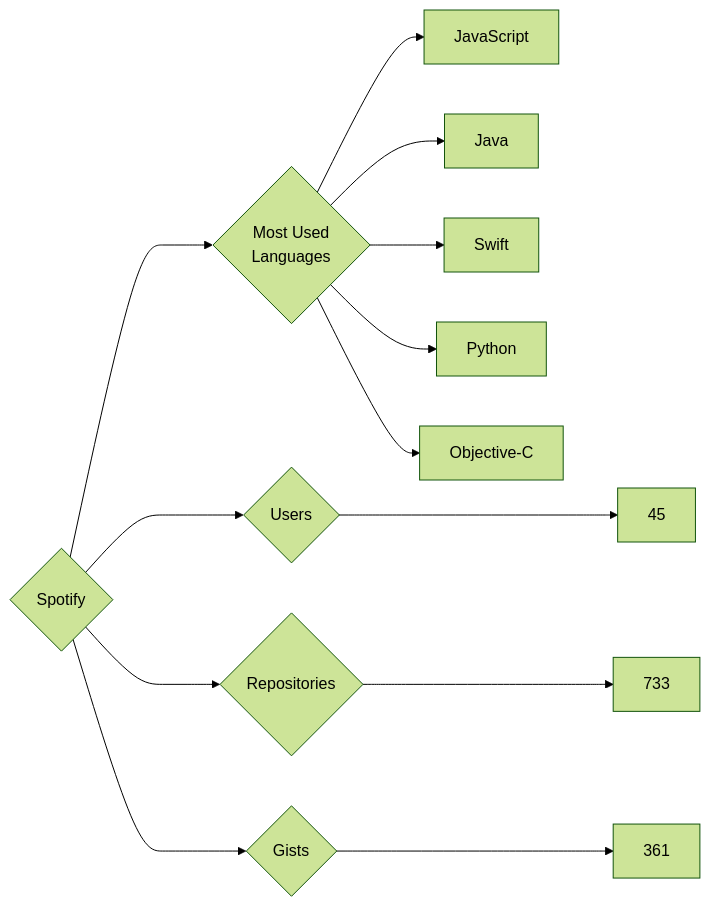
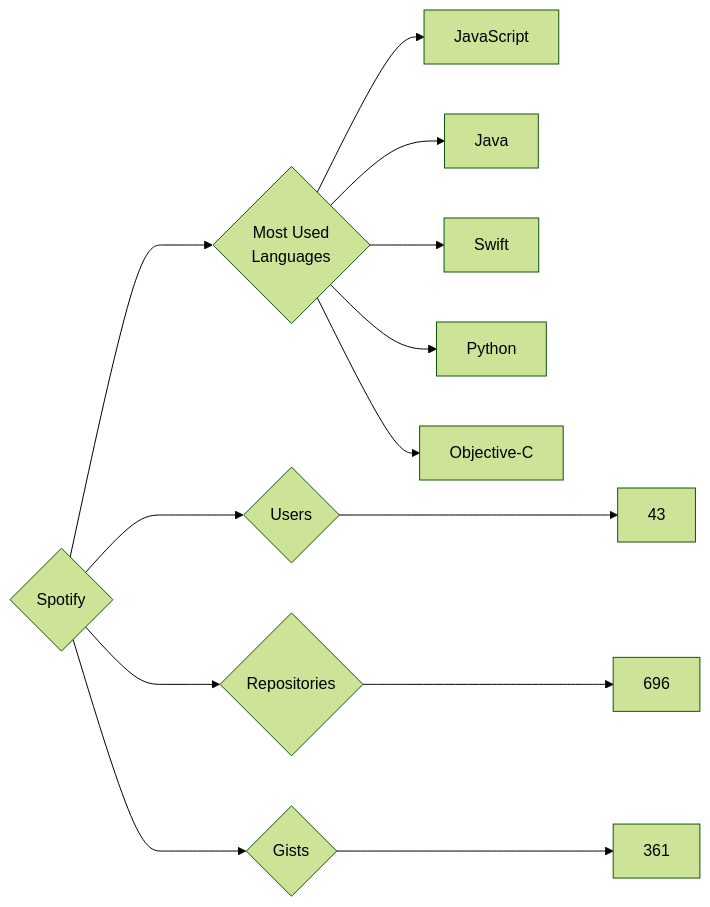
One commit to trickest/insiders changed the diagram in targets/Spotify/README.md. Above: the diagram before and after it, drawn with Mermaid (forest theme). The commit also changed 953 other files, not shown here.

````diff
--- a/targets/Spotify/README.md
+++ b/targets/Spotify/README.md
@@ -3,13 +3,13 @@
 ```mermaid
 graph LR
 COMPANY_NAME{Spotify}
-COMPANY_NAME ---> U{Users} ---> UN[45]
-COMPANY_NAME ---> R{Repositories} ---> RN[733]
+COMPANY_NAME ---> U{Users} ---> UN[43]
+COMPANY_NAME ---> R{Repositories} ---> RN[696]
 COMPANY_NAME ---> G{Gists} ---> GN[361]
 COMPANY_NAME ---> ML{Most Used<br>Languages}
 ML --> JavaScript[JavaScript]
 ML --> Java[Java]
 ML --> Swift[Swift]
 ML --> Python[Python]
 ML --> Objective-C[Objective-C]
 ```
````
